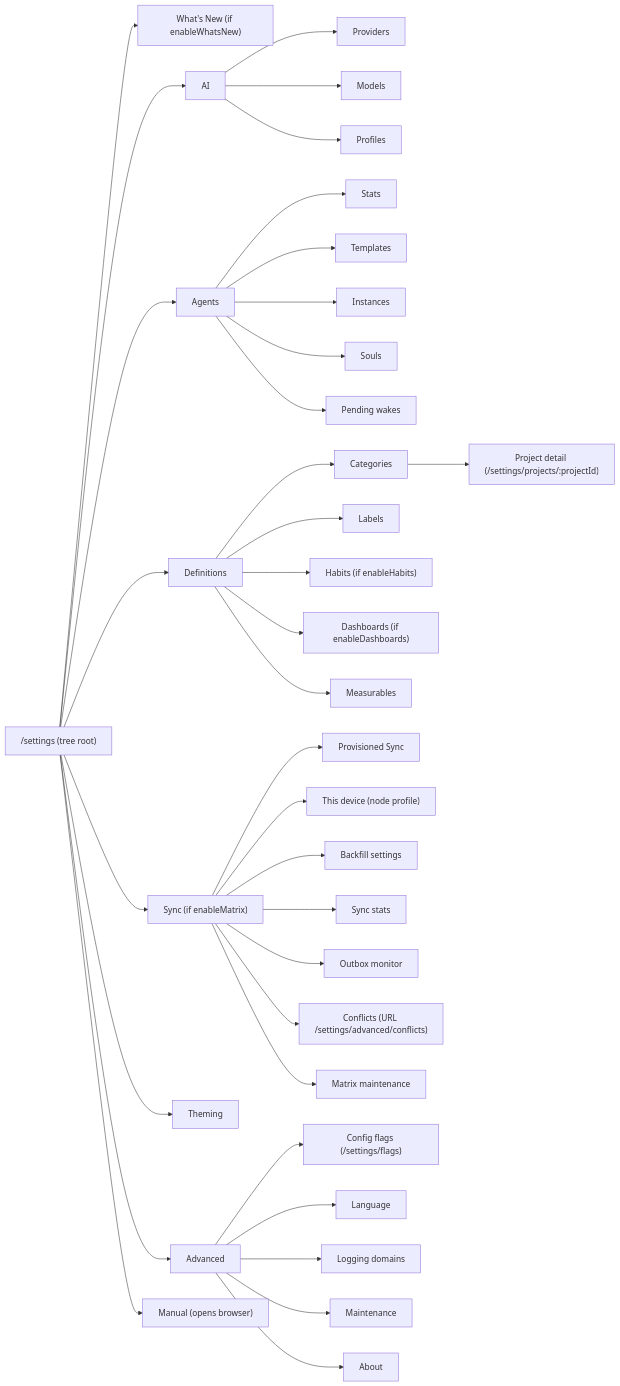
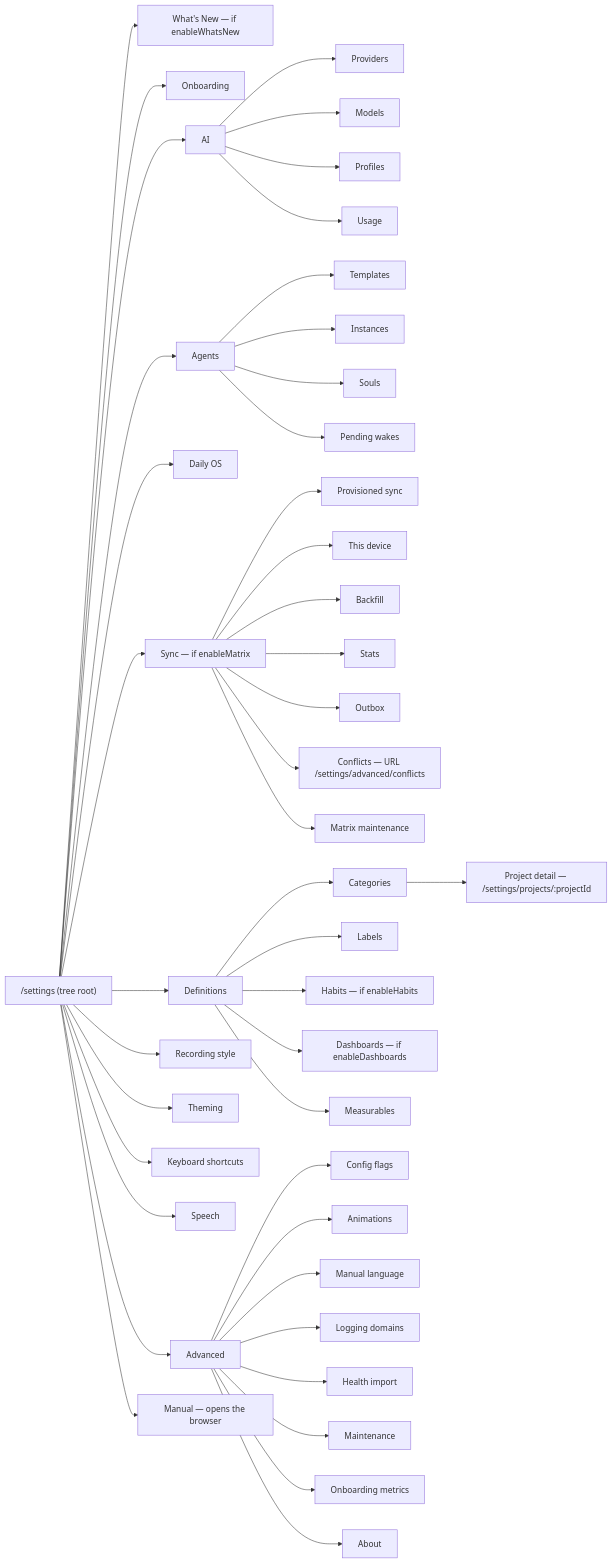
Before and after one commit to matthiasn/lotti: the second of 2 diagrams in knowledge/features/settings.md, drawn with Mermaid. The commit also changed other lines of this file and 91 other files, not shown here.

````diff
--- a/knowledge/features/settings.md
+++ b/knowledge/features/settings.md
@@ -72,41 +72,50 @@
 ```mermaid
 flowchart LR
-  Landing["/settings (tree root)"] --> WhatsNew["What's New (if enableWhatsNew)"]
+  Landing["/settings (tree root)"] --> WhatsNew["What's New — if enableWhatsNew"]
+  Landing --> Onboarding["Onboarding"]
   Landing --> AI["AI"]
   Landing --> Agents["Agents"]
-  Landing --> Sync["Sync (if enableMatrix)"]
+  Landing --> DailyOs["Daily OS"]
+  Landing --> Sync["Sync — if enableMatrix"]
   Landing --> Definitions["Definitions"]
+  Landing --> RecordingStyle["Recording style"]
   Landing --> Theming["Theming"]
+  Landing --> Keyboard["Keyboard shortcuts"]
+  Landing --> Speech["Speech"]
   Landing --> Advanced["Advanced"]
-  Landing --> Manual["Manual (opens browser)"]
+  Landing --> Manual["Manual — opens the browser"]
 
-  AI --> Providers["Providers"]
-  AI --> Models["Models"]
-  AI --> Profiles["Profiles"]
+  AI --> AiProviders["Providers"]
+  AI --> AiModels["Models"]
+  AI --> AiProfiles["Profiles"]
+  AI --> AiUsage["Usage"]
 
-  Agents --> AgentsStats["Stats"]
-  Agents --> Templates["Templates"]
-  Agents --> Instances["Instances"]
-  Agents --> Souls["Souls"]
-  Agents --> Pending["Pending wakes"]
+  Agents --> AgentTemplates["Templates"]
+  Agents --> AgentInstances["Instances"]
+  Agents --> AgentSouls["Souls"]
+  Agents --> AgentWakes["Pending wakes"]
+
+  Sync --> Provisioned["Provisioned sync"]
+  Sync --> NodeProfile["This device"]
+  Sync --> Backfill["Backfill"]
+  Sync --> SyncStats["Stats"]
+  Sync --> Outbox["Outbox"]
+  Sync --> Conflicts["Conflicts — URL /settings/advanced/conflicts"]
+  Sync --> MatrixMaint["Matrix maintenance"]
 
   Definitions --> Categories["Categories"]
   Definitions --> Labels["Labels"]
-  Definitions --> Habits["Habits (if enableHabits)"]
-  Definitions --> Dashboards["Dashboards (if enableDashboards)"]
+  Definitions --> Habits["Habits — if enableHabits"]
+  Definitions --> Dashboards["Dashboards — if enableDashboards"]
   Definitions --> Measurables["Measurables"]
+  Categories --> Projects["Project detail — /settings/projects/:projectId"]
 
-  Categories --> Projects["Project detail (/settings/projects/:projectId)"]
-  Sync --> Provisioned["Provisioned Sync"]
-  Sync --> NodeProfile["This device (node profile)"]
-  Sync --> Backfill["Backfill settings"]
-  Sync --> Stats["Sync stats"]
-  Sync --> Outbox["Outbox monitor"]
-  Sync --> Conflicts["Conflicts (URL /settings/advanced/conflicts)"]
-  Sync --> MatrixMaint["Matrix maintenance"]
-  Advanced --> Flags["Config flags (/settings/flags)"]
-  Advanced --> ManualLanguage["Language"]
+  Advanced --> Flags["Config flags"]
+  Advanced --> Animations["Animations"]
+  Advanced --> ManualLanguage["Manual language"]
   Advanced --> Logging["Logging domains"]
-  Advanced --> Maint["Maintenance"]
+  Advanced --> HealthImport["Health import"]
+  Advanced --> Maintenance["Maintenance"]
+  Advanced --> OnboardingMetrics["Onboarding metrics"]
   Advanced --> About["About"]
 ```
````
